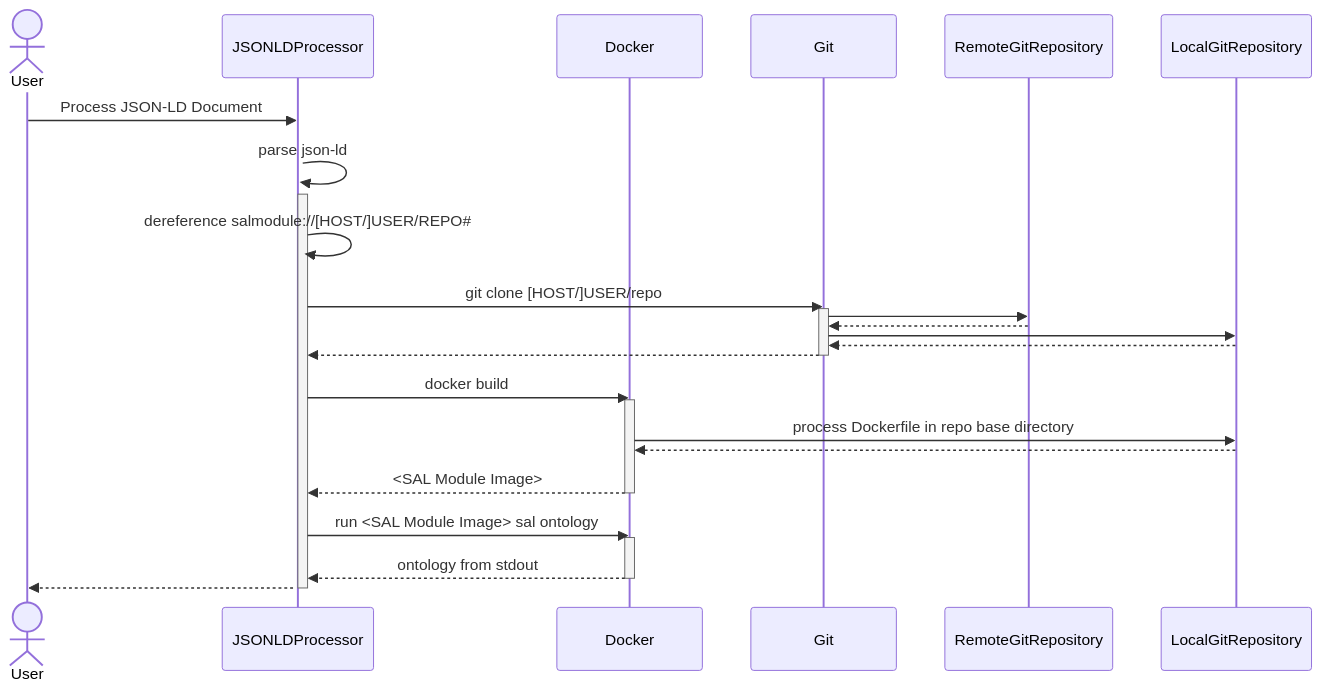
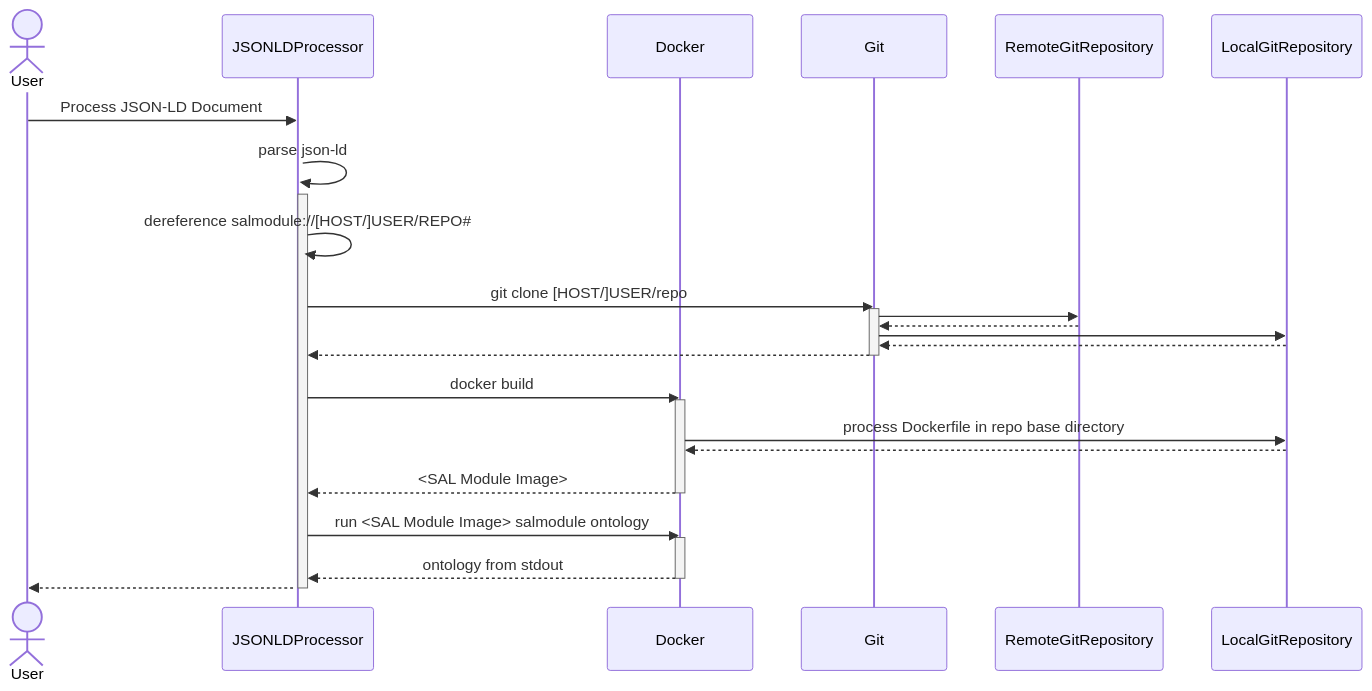
Before and after one commit to cgs-earth/sal: the third of 3 diagrams in docs/src/content/docs/reference/salmodule-description.mdx, drawn with Mermaid. The commit also changed other lines of this file and 14 other files, not shown here.

````diff
--- a/docs/src/content/docs/reference/salmodule-description.mdx
+++ b/docs/src/content/docs/reference/salmodule-description.mdx
@@ -203,41 +206,41 @@
 ```mermaid
 sequenceDiagram
 
 actor User
 participant JSONLDProcessor
 participant Docker
 participant Git
 participant RemoteGitRepository 
 participant LocalGitRepository
 
 User ->> JSONLDProcessor: Process JSON-LD Document
 activate JSONLDProcessor
 JSONLDProcessor ->> JSONLDProcessor: parse json-ld
 activate JSONLDProcessor
 JSONLDProcessor ->> JSONLDProcessor: dereference salmodule://[HOST/]USER/REPO#35;
 
 JSONLDProcessor ->> Git: git clone [HOST/]USER/repo
 activate Git
 Git ->> RemoteGitRepository: 
 RemoteGitRepository -->> Git: 
 Git ->> LocalGitRepository: 
 LocalGitRepository -->> Git: 
 Git -->> JSONLDProcessor: 
 deactivate Git 
 
 JSONLDProcessor ->> Docker: docker build 
 activate Docker
 Docker ->> LocalGitRepository: process Dockerfile in repo base directory
 LocalGitRepository -->> Docker: 
 Docker -->> JSONLDProcessor: <SAL Module Image>
 deactivate Docker
 
-JSONLDProcessor ->> Docker: run <SAL Module Image> sal ontology
+JSONLDProcessor ->> Docker: run <SAL Module Image> salmodule ontology
 activate Docker
 Docker -->> JSONLDProcessor: ontology from stdout
 deactivate Docker
 JSONLDProcessor -->> User: 
 
 
 deactivate JSONLDProcessor
 ```
````
